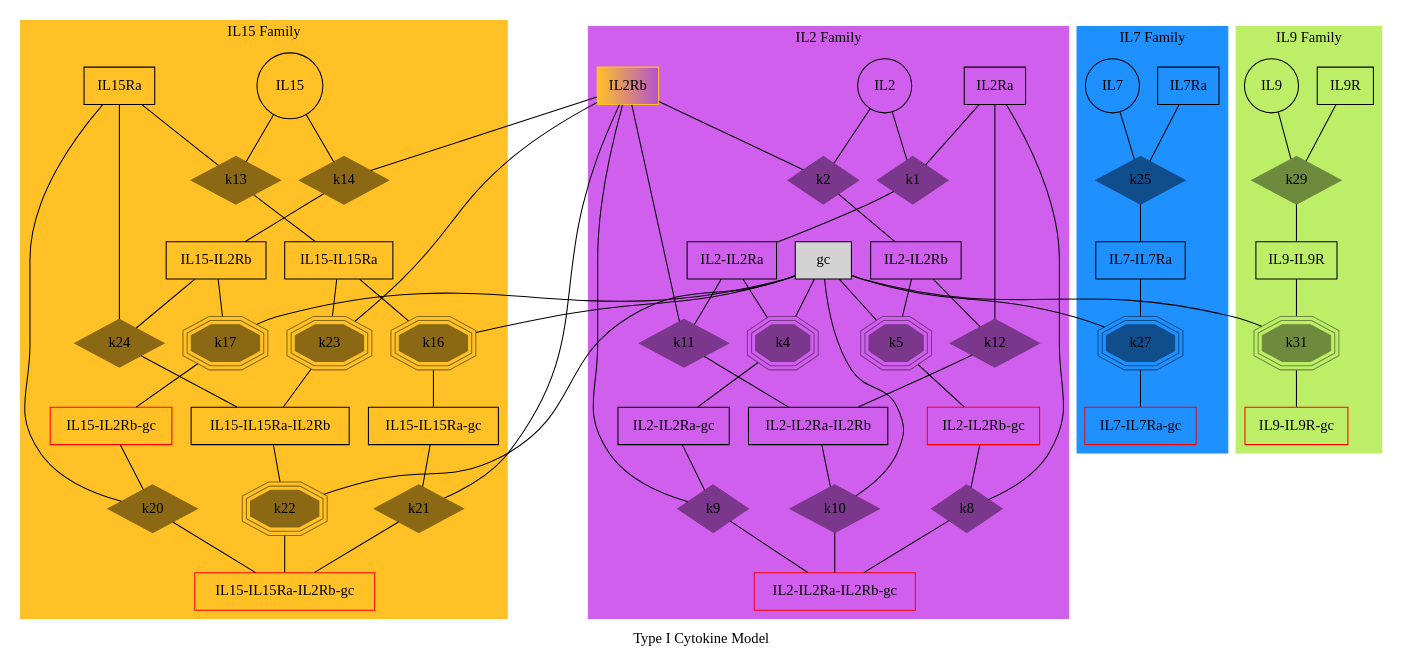
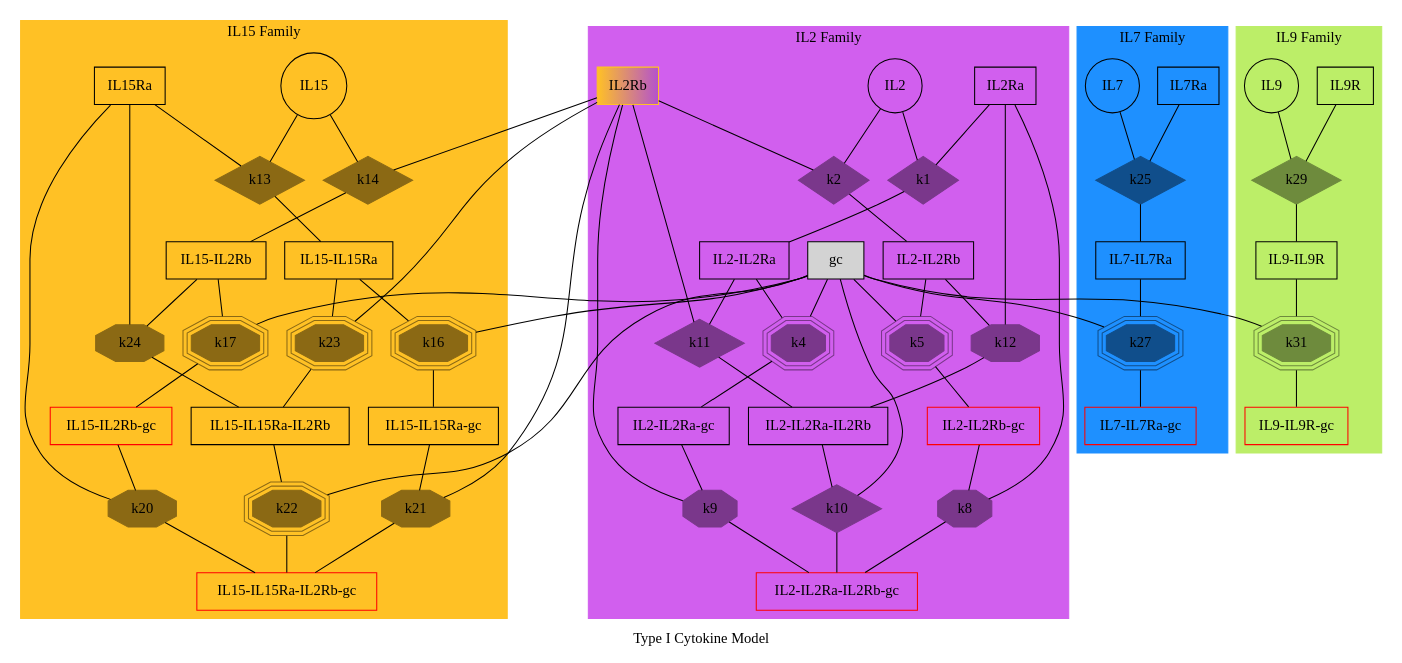
Before and after one commit to meyer-lab/gc-valent: the diagram in ckine/data/graph_all.gv, drawn with Graphviz. The commit also changed 1 other file, not shown here.

Commit message:
changed shape of rates set by detailed balance

```diff
--- a/ckine/data/graph_all.gv
+++ b/ckine/data/graph_all.gv
@@ -1,181 +1,181 @@
 ##"A few people in the field of genetics are using dot to draw "marriage node diagram"  pedigree drawings.  Here is one I have done of a test pedigree from the FTREE pedigree drawing package (Lion Share was a racehorse)." Contributed by David Duffy.
 
 ## Command to get the layout: "dot -Tpng thisfile > thisfile.png"
 ## documentation can be found at https://graphviz.gitlab.io/documentation/
 
 digraph Ped_Lion_Share           {
 # page = "8.2677165,11.692913";
 ratio = "auto";
 mincross = 2.0;
 label = "Type I Cytokine Model";
 
 "IL2"   [shape=circle ];
 "IL2Ra" [shape=box   ];
 "IL2Rb" [shape=box, style=filled, color="goldenrod1:mediumorchid3"    ];
 "gc"    [shape=box, style=filled, BGCOLOR="white"  ];
 "IL2-IL2Ra" [shape=box];
 "IL2-IL2Rb" [shape=box];
 "IL2-IL2Ra" [shape=box];
 "IL2-IL2Ra" [shape=box];
 "IL2-IL2Ra-IL2Rb" [shape=box ];
 "IL2-IL2Ra-gc" [shape=box ];
 "IL2-IL2Rb-gc" [shape=box, color=red ];
 "IL2-IL2Ra-IL2Rb-gc" [shape=box, color=red ];
 
 "IL15"  [shape=circle];
 "IL15Ra"    [shape=box];
 "IL15-IL15Ra"   [shape=box];
 "IL15-IL2Rb"    [shape=box];
 "IL15-IL15Ra-IL2Rb" [shape=box];
 "IL15-IL15Ra-gc"    [shape=box];
 "IL15-IL2Rb-gc" [shape=box, color=red];
 "IL15-IL15Ra-IL2Rb-gc"  [shape=box, color=red];
 
 "IL7"   [shape=circle];
 "IL7Ra" [shape=box];
 "IL7-IL7Ra" [shape=box];
 "IL7-IL7Ra-gc"  [shape=box, color=red];
 
 "IL9"   [shape=circle];
 "IL9R" [shape=box    ];
 "IL9-IL9R" [shape=box];
 "IL9-IL9R-gc" [shape=box, color=red ];
 
 subgraph cluster_IL2 {
     style=filled;
 	color=mediumorchid2;
 	node [style=filled,color=mediumorchid4];
     label= "IL2 Family"
 
     "k1" [shape=diamond,style=filled,height=.1,width=.1];
     "IL2" -> "k1" [dir=none,weight=1];
     "IL2Ra" -> "k1" [dir=none,weight=1];
     "k1" -> "IL2-IL2Ra" [dir=none, weight=2];
 
     "k2" [shape=diamond,style=filled,height=.1,width=.1];
     "IL2" -> "k2" [dir=none,weight=1];
     "IL2Rb" -> "k2" [dir=none,weight=1];
     "k2" -> "IL2-IL2Rb" [dir=none, weight=2];
 
     "k4" [shape=tripleoctagon,style=filled,height=.1,width=.1];
     "IL2-IL2Ra" -> "k4" [dir=none,weight=1];
     "gc" -> "k4" [dir=none,weight=1];
     "k4" -> "IL2-IL2Ra-gc" [dir=none, weight=2];
 
     "k5" [shape=tripleoctagon,style=filled,height=.1,width=.1];
     "IL2-IL2Rb" -> "k5" [dir=none,weight=1];
     "gc" -> "k5" [dir=none,weight=1];
     "k5" -> "IL2-IL2Rb-gc" [dir=none, weight=2];
 
-    "k8" [shape=diamond,style=filled,height=.1,width=.1];
+    "k8" [shape=octagon,style=filled,height=.1,width=.1];
     "IL2-IL2Rb-gc" -> "k8" [dir=none,weight=1];
     "IL2Ra" -> "k8" [dir=none,weight=1];
     "k8" -> "IL2-IL2Ra-IL2Rb-gc" [dir=none, weight=2];
 
-    "k9" [shape=diamond,style=filled,height=.1,width=.1];
+    "k9" [shape=octagon,style=filled,height=.1,width=.1];
     "IL2-IL2Ra-gc" -> "k9" [dir=none,weight=1];
     "IL2Rb" -> "k9" [dir=none,weight=1];
     "k9" -> "IL2-IL2Ra-IL2Rb-gc" [dir=none, weight=2];
 
     "k10" [shape=diamond,style=filled,height=.1,width=.1];
     "IL2-IL2Ra-IL2Rb" -> "k10" [dir=none,weight=1];
     "gc" -> "k10" [dir=none,weight=1];
     "k10" -> "IL2-IL2Ra-IL2Rb-gc" [dir=none, weight=2];
 
     "k11" [shape=diamond,style=filled,height=.1,width=.1];
     "IL2-IL2Ra" -> "k11" [dir=none,weight=1];
     "IL2Rb" -> "k11" [dir=none,weight=1];
     "k11" -> "IL2-IL2Ra-IL2Rb" [dir=none, weight=2];
 
-    "k12" [shape=diamond,style=filled,height=.1,width=.1];
+    "k12" [shape=octagon,style=filled,height=.1,width=.1];
     "IL2-IL2Rb" -> "k12" [dir=none,weight=1];
     "IL2Ra" -> "k12" [dir=none,weight=1];
     "k12" -> "IL2-IL2Ra-IL2Rb" [dir=none, weight=2];
 }
 
 subgraph cluster_IL15 {
     style=filled;
 	color=goldenrod1;
 	node [style=filled,color=goldenrod4];
     label= "IL15 Family"
 
     "k13" [shape=diamond,style=filled,height=.1,width=.1];
     "IL15" -> "k13" [dir=none,weight=1];
     "IL15Ra" -> "k13" [dir=none,weight=1];
     "k13" -> "IL15-IL15Ra" [dir=none, weight=2];
 
     "k14" [shape=diamond,style=filled,height=.1,width=.1];
     "IL15" -> "k14" [dir=none,weight=1];
     "IL2Rb" -> "k14" [dir=none,weight=1];
     "k14" -> "IL15-IL2Rb" [dir=none, weight=2];
 
     "k16" [shape=tripleoctagon,style=filled,height=.1,width=.1];
     "IL15-IL15Ra" -> "k16" [dir=none,weight=1];
     "gc" -> "k16" [dir=none,weight=1];
     "k16" -> "IL15-IL15Ra-gc" [dir=none, weight=2];
 
     "k17" [shape=tripleoctagon,style=filled,height=.1,width=.1];
     "IL15-IL2Rb" -> "k17" [dir=none,weight=1];
     "gc" -> "k17" [dir=none,weight=1];
     "k17" -> "IL15-IL2Rb-gc" [dir=none, weight=2];
 
-    "k20" [shape=diamond,style=filled,height=.1,width=.1];
+    "k20" [shape=octagon,style=filled,height=.1,width=.1];
     "IL15-IL2Rb-gc" -> "k20" [dir=none,weight=1];
     "IL15Ra" -> "k20" [dir=none,weight=1];
     "k20" -> "IL15-IL15Ra-IL2Rb-gc" [dir=none, weight=2];
 
-    "k21" [shape=diamond,style=filled,height=.1,width=.1];
+    "k21" [shape=octagon,style=filled,height=.1,width=.1];
     "IL15-IL15Ra-gc" -> "k21" [dir=none,weight=1];
     "IL2Rb" -> "k21" [dir=none,weight=1];
     "k21" -> "IL15-IL15Ra-IL2Rb-gc" [dir=none, weight=2];
 
     "k22" [shape=tripleoctagon,style=filled,height=.1,width=.1];
     "IL15-IL15Ra-IL2Rb" -> "k22" [dir=none,weight=1];
     "gc" -> "k22" [dir=none,weight=1];
     "k22" -> "IL15-IL15Ra-IL2Rb-gc" [dir=none, weight=2];
 
     "k23" [shape=tripleoctagon,style=filled,height=.1,width=.1];
     "IL15-IL15Ra" -> "k23" [dir=none,weight=1];
     "IL2Rb" -> "k23" [dir=none,weight=1];
     "k23" -> "IL15-IL15Ra-IL2Rb" [dir=none, weight=2];
 
-    "k24" [shape=diamond,style=filled,height=.1,width=.1];
+    "k24" [shape=octagon,style=filled,height=.1,width=.1];
     "IL15-IL2Rb" -> "k24" [dir=none,weight=1];
     "IL15Ra" -> "k24" [dir=none,weight=1];
     "k24" -> "IL15-IL15Ra-IL2Rb" [dir=none, weight=2];
     }
 
 subgraph cluster_IL7 {
     style=filled;
 	color=dodgerblue;
 	node [style=filled,color=dodgerblue4];
     label= "IL7 Family"
     
     "k25" [shape=diamond,style=filled,height=.1,width=.1];
     "IL7" -> "k25" [dir=none,weight=1];
     "IL7Ra" -> "k25" [dir=none,weight=1];
     "k25" -> "IL7-IL7Ra" [dir=none, weight=2];
 
     "k27" [shape=tripleoctagon,style=filled,height=.1,width=.1];
     "IL7-IL7Ra" -> "k27" [dir=none,weight=1];
     "gc" -> "k27" [dir=none,weight=1];
     "k27" -> "IL7-IL7Ra-gc" [dir=none, weight=2];
 }
 
 subgraph cluster_IL9 {
     style=filled;
 	color=darkolivegreen2;
 	node [style=filled,color=darkolivegreen4];
     label= "IL9 Family"
     
     "k29" [shape=diamond,style=filled,height=.1,width=.1];
     "IL9" -> "k29" [dir=none,weight=1];
     "IL9R" -> "k29" [dir=none,weight=1];
     "k29" -> "IL9-IL9R" [dir=none, weight=2];
 
     "k31" [shape=tripleoctagon,style=filled,height=.1,width=.1];
     "IL9-IL9R" -> "k31" [dir=none,weight=1];
     "gc" -> "k31" [dir=none,weight=1];
     "k31" -> "IL9-IL9R-gc" [dir=none, weight=2];
 }
 }
```
